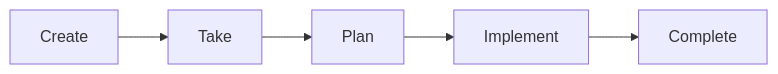
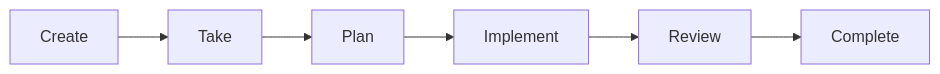
The first of 2 diagrams in docs/workflow.md (tqa24/knowns), drawn with Mermaid before and after one commit. The commit also changed other lines of this file and 50 other files, not shown here.

````diff
--- a/docs/workflow.md
+++ b/docs/workflow.md
@@ -7,7 +7,8 @@
 ```mermaid
 graph LR
     A[Create] --> B[Take]
     B --> C[Plan]
     C --> D[Implement]
-    D --> E[Complete]
+    D --> E[Review]
+    E --> F[Complete]
 ```
````
